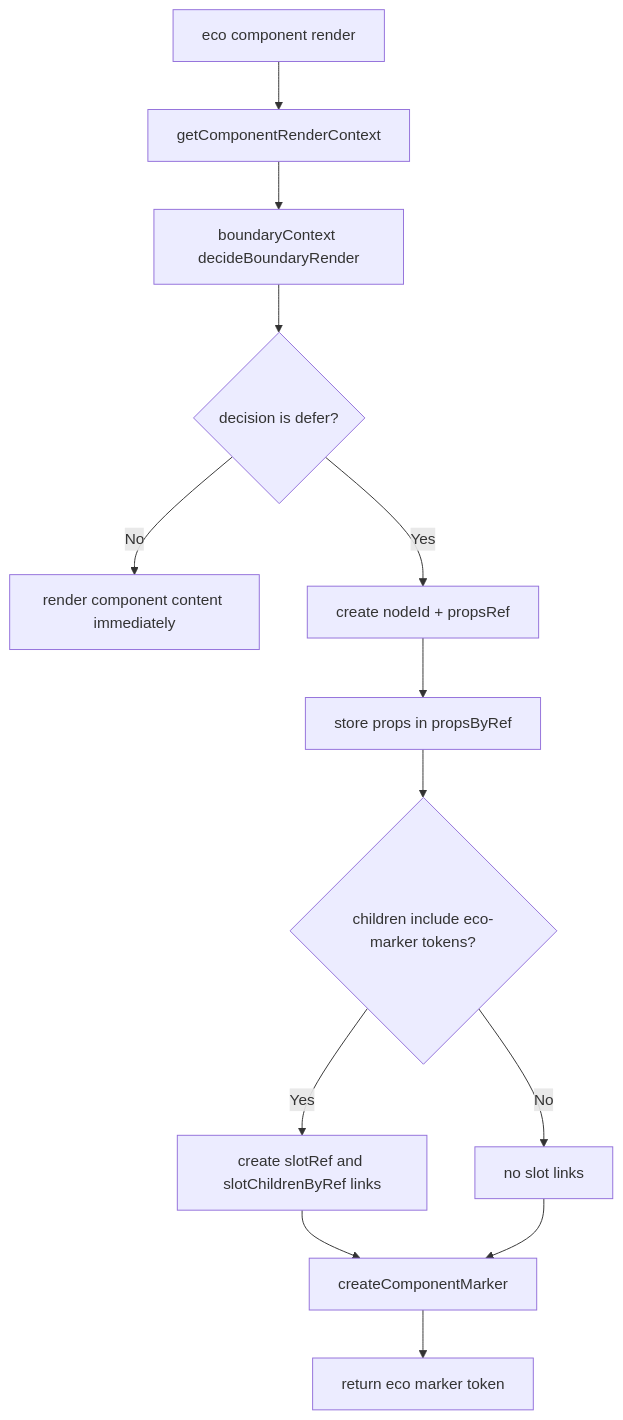
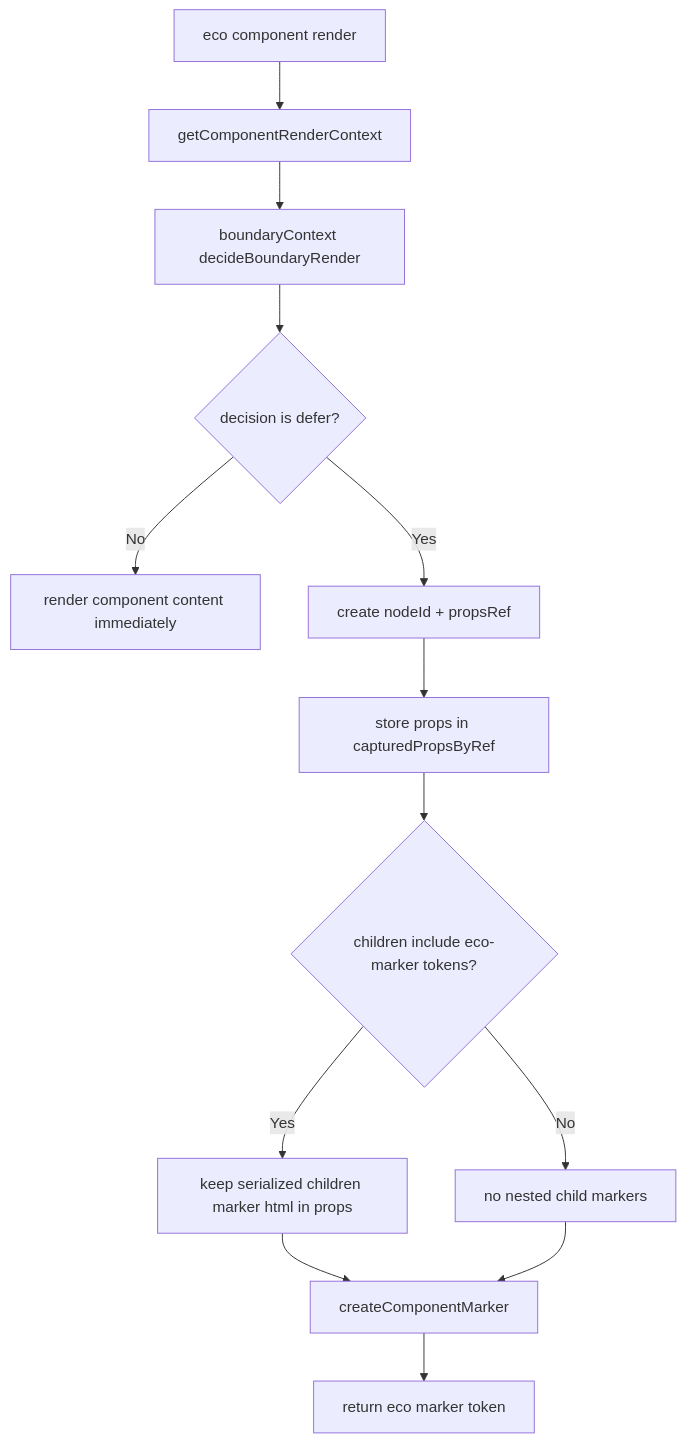
Before and after one commit to ecopages/ecopages: the eighth of 11 diagrams in packages/core/src/route-renderer/GRAPH.md, drawn with Mermaid. The commit also changed other lines of this file and 13 other files, not shown here.

````diff
--- a/packages/core/src/route-renderer/GRAPH.md
+++ b/packages/core/src/route-renderer/GRAPH.md
@@ -253,15 +252,15 @@
 ```mermaid
 flowchart TD
   A[eco component render] --> B[getComponentRenderContext]
   B --> C[boundaryContext decideBoundaryRender]
   C --> D{decision is defer?}
   D -- No --> E[render component content immediately]
   D -- Yes --> F[create nodeId + propsRef]
-  F --> G[store props in propsByRef]
+  F --> G[store props in capturedPropsByRef]
   G --> H{children include eco-marker tokens?}
-  H -- Yes --> I[create slotRef and slotChildrenByRef links]
-  H -- No --> J[no slot links]
+  H -- Yes --> I[keep serialized children marker html in props]
+  H -- No --> J[no nested child markers]
   I --> K[createComponentMarker]
   J --> K
   K --> L[return eco marker token]
 ```
````
